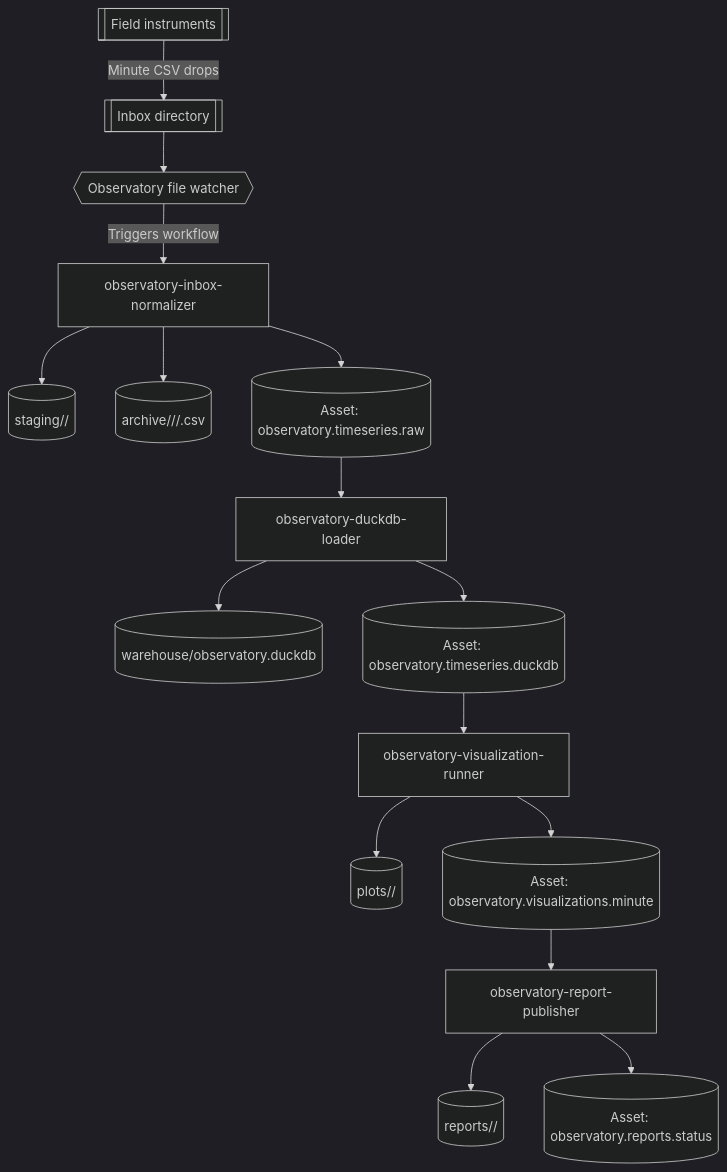
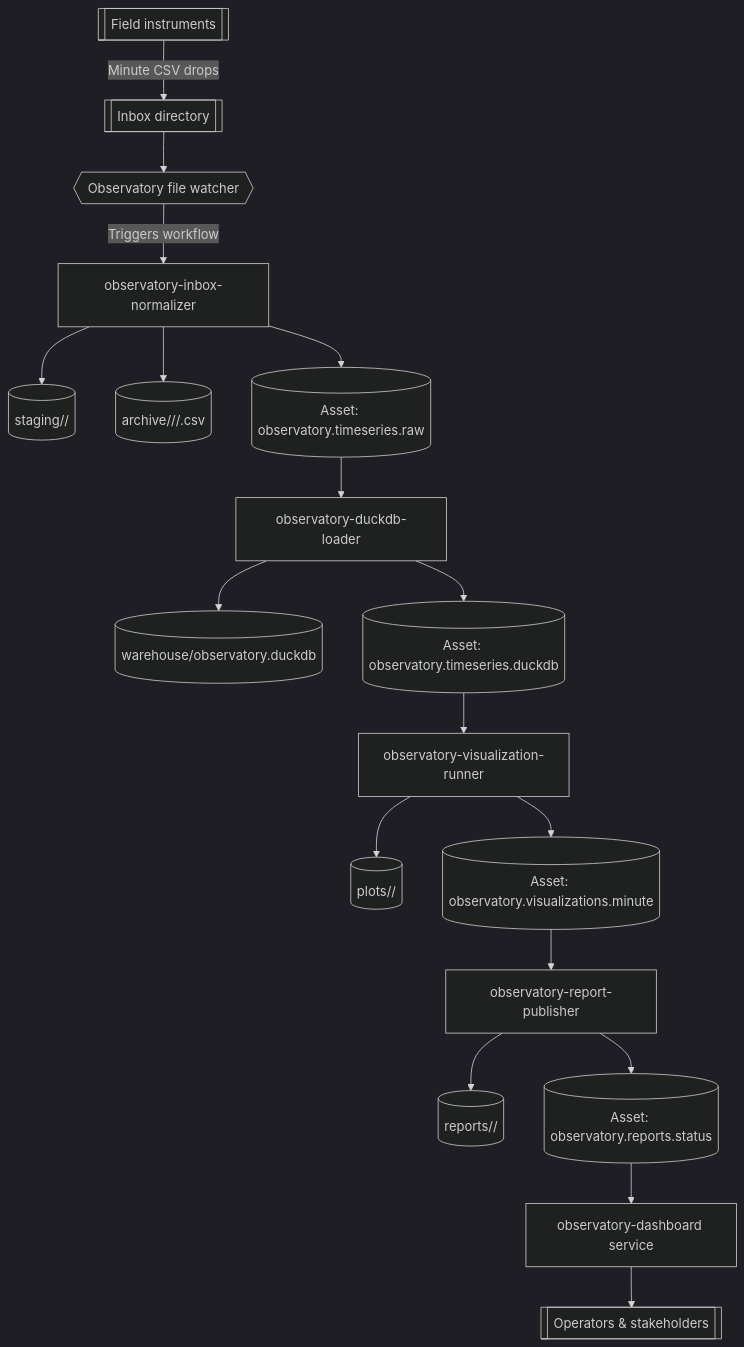
Before and after one commit to benediktbwimmer/apphub: the diagram in docs/environmental-observatory-workflows.md, drawn with Mermaid (dark theme). The commit also changed other lines of this file and 13 other files, not shown here.

Commit message:
feat: observatory dashboard

````diff
--- a/docs/environmental-observatory-workflows.md
+++ b/docs/environmental-observatory-workflows.md
@@ -7,18 +7,20 @@
 ```mermaid
 graph TD
   Instruments[[Field instruments]] -->|Minute CSV drops| Inbox[[Inbox directory]]
   Inbox --> Watcher{{Observatory file watcher}}
   Watcher -->|Triggers workflow| Normalizer[observatory-inbox-normalizer]
   Normalizer --> Staging[(staging/<minute>/)]
   Normalizer --> Archive[(archive/<instrument>/<hour>/<minute>.csv)]
   Normalizer --> RawAsset[(Asset: observatory.timeseries.raw)]
   RawAsset --> Loader[observatory-duckdb-loader]
   Loader --> DuckDB[(warehouse/observatory.duckdb)]
   Loader --> DuckAsset[(Asset: observatory.timeseries.duckdb)]
   DuckAsset --> Visualization[observatory-visualization-runner]
   Visualization --> Plots[(plots/<minute>/)]
   Visualization --> VizAsset[(Asset: observatory.visualizations.minute)]
   VizAsset --> Reporter[observatory-report-publisher]
   Reporter --> Reports[(reports/<minute>/)]
   Reporter --> ReportAsset[(Asset: observatory.reports.status)]
+  ReportAsset --> Dashboard[observatory-dashboard service]
+  Dashboard --> Viewers[[Operators & stakeholders]]
 ```
````
